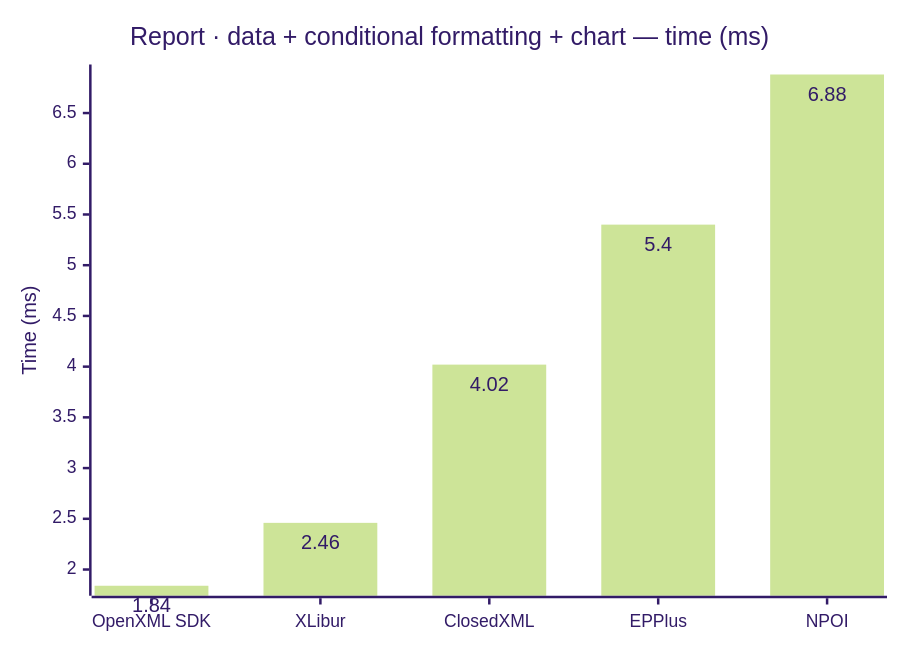
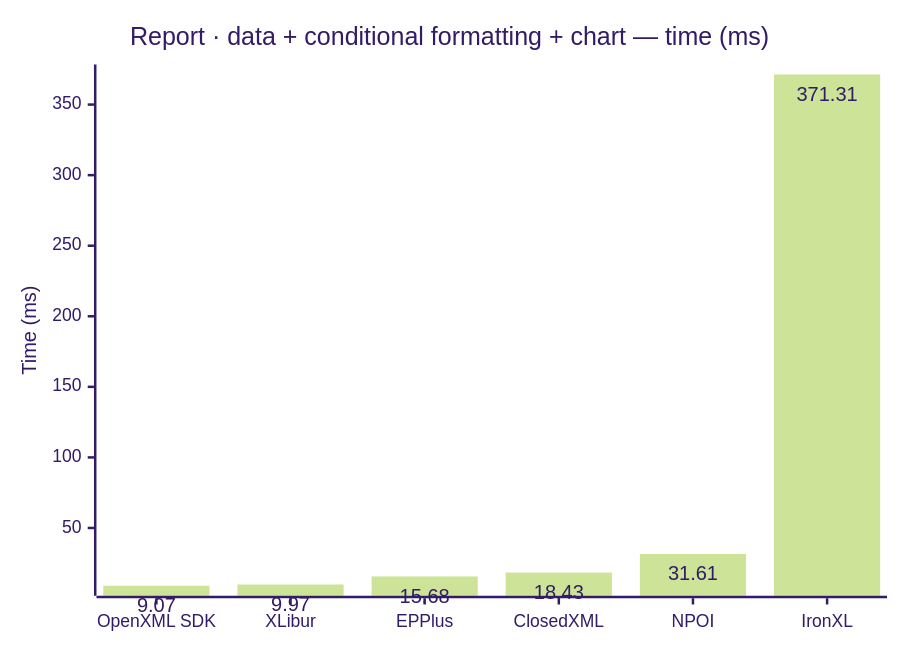
The seventh of 8 diagrams in docs/results.md (jafin/XLBench), drawn with Mermaid (forest theme) before and after one commit. The commit also changed other lines of this file and 17 other files, not shown here.

````diff
--- a/docs/results.md
+++ b/docs/results.md
@@ -112,12 +113,12 @@
 ```mermaid
 ---
 config:
   xyChart:
     showDataLabel: true
 ---
 xychart-beta
     title "Report · data + conditional formatting + chart — time (ms)"
-    x-axis ["OpenXML SDK", "XLibur", "ClosedXML", "EPPlus", "NPOI"]
+    x-axis ["OpenXML SDK", "XLibur", "EPPlus", "ClosedXML", "NPOI", "IronXL"]
     y-axis "Time (ms)"
-    bar [1.84, 2.46, 4.02, 5.4, 6.88]
+    bar [9.07, 9.97, 15.68, 18.43, 31.61, 371.31]
 ```
````
